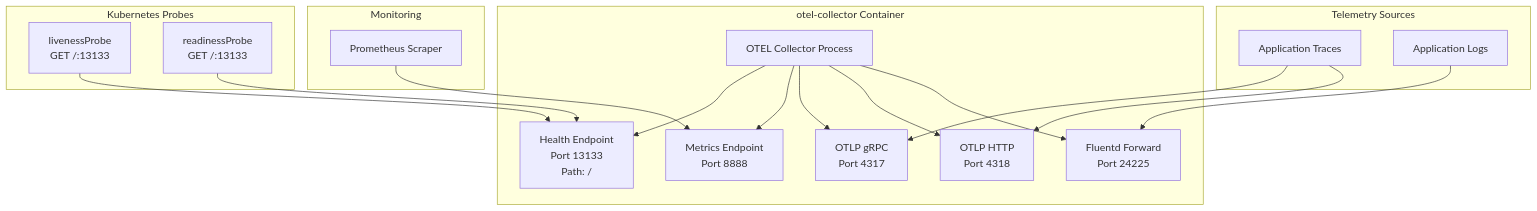
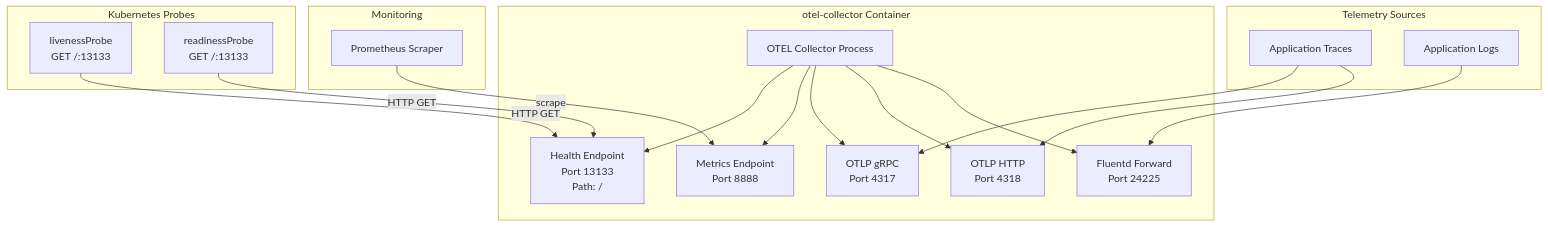
One commit to openchoreo/openchoreo changed the third of 4 diagrams in docs/hyperdxio-helm-charts-docs/Health-Checks-and-Monitoring.md. Above: the diagram before and after it, drawn with Mermaid. The commit also changed other lines of this file and 85 other files, not shown here.

Commit message:
feat: Add new workflow and specification templates, update Helm chart dependencies, and clarify documentation diagrams.

````diff
--- a/docs/hyperdxio-helm-charts-docs/Health-Checks-and-Monitoring.md
+++ b/docs/hyperdxio-helm-charts-docs/Health-Checks-and-Monitoring.md
@@ -306,50 +306,50 @@
 ```mermaid
 flowchart TD
 
 Collector["OTEL Collector Process"]
 HealthEP["Health Endpoint<br>Port 13133<br>Path: /"]
 MetricsEP["Metrics Endpoint<br>Port 8888"]
 OTLPGRPC["OTLP gRPC<br>Port 4317"]
 OTLPHTTP["OTLP HTTP<br>Port 4318"]
 Fluentd["Fluentd Forward<br>Port 24225"]
 Liveness["livenessProbe<br>GET /:13133"]
 Readiness["readinessProbe<br>GET /:13133"]
 PromScraper["Prometheus Scraper"]
 AppTraces["Application Traces"]
 AppLogs["Application Logs"]
 
-Liveness --> HealthEP
-Readiness --> HealthEP
-PromScraper --> MetricsEP
+Liveness -->|"HTTP GET"| HealthEP
+Readiness -->|"HTTP GET"| HealthEP
+PromScraper -->|"scrape"| MetricsEP
 AppTraces --> OTLPGRPC
 AppTraces --> OTLPHTTP
 AppLogs --> Fluentd
 
 subgraph subGraph3 ["Telemetry Sources"]
     AppTraces
     AppLogs
 end
 
 subgraph Monitoring ["Monitoring"]
     PromScraper
 end
 
 subgraph subGraph1 ["Kubernetes Probes"]
     Liveness
     Readiness
 end
 
 subgraph subGraph0 ["otel-collector Container"]
     Collector
     HealthEP
     MetricsEP
     OTLPGRPC
     OTLPHTTP
     Fluentd
     Collector --> HealthEP
     Collector --> MetricsEP
     Collector --> OTLPGRPC
     Collector --> OTLPHTTP
     Collector --> Fluentd
 end
 ```
````
